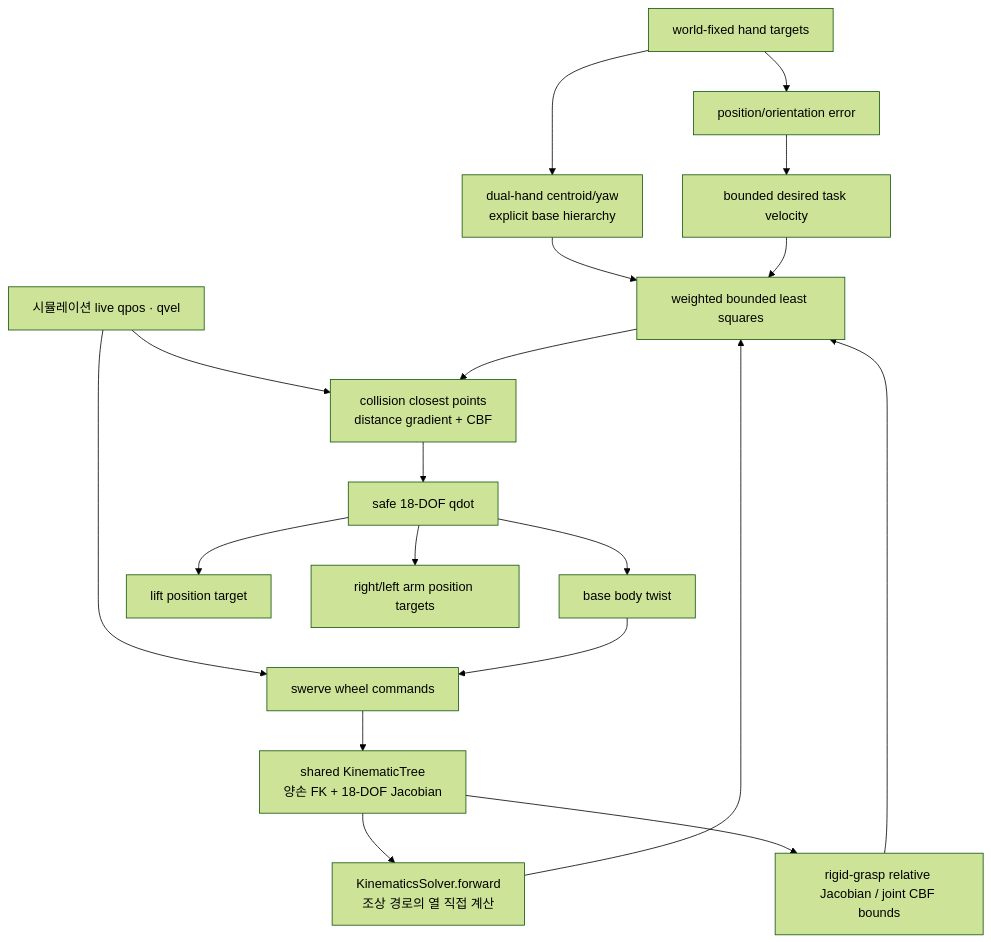
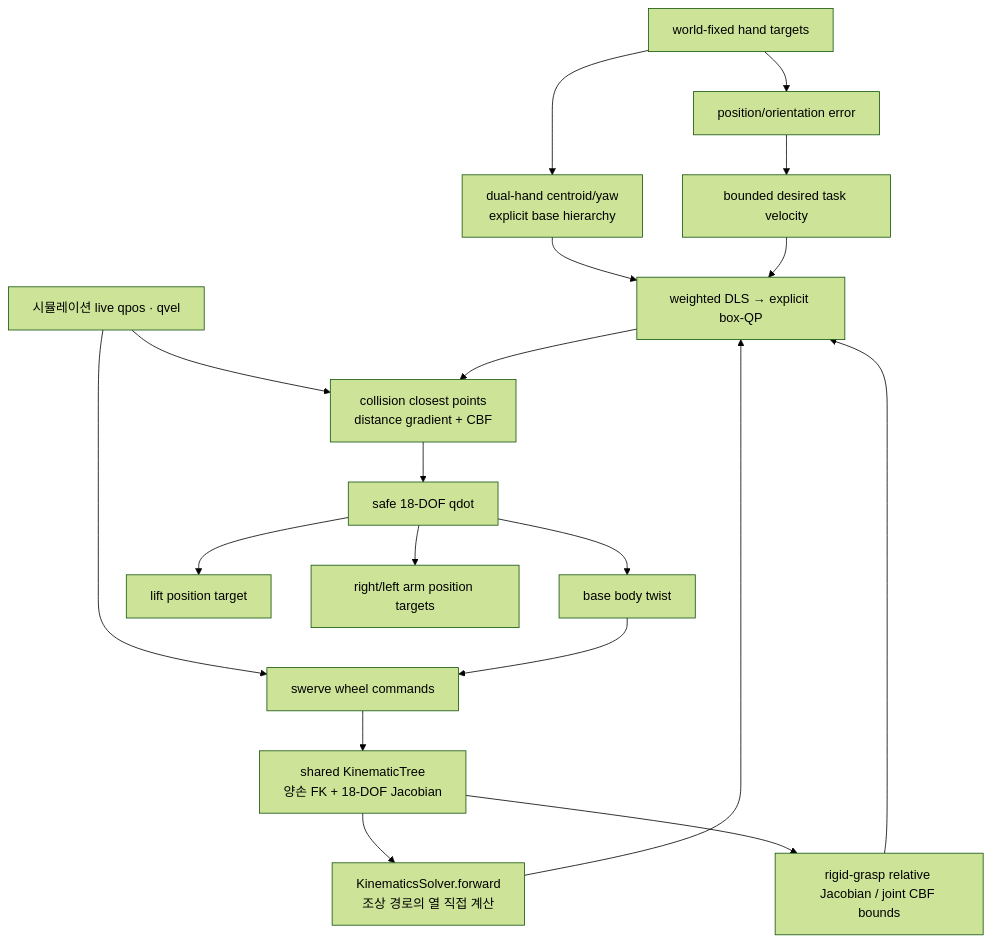
Before and after one commit to Geonhee-LEE/aiworker-mj-lab: the fifth of 5 diagrams in docs/guide/whole_body_ik.md, drawn with Mermaid (forest theme). The commit also changed other lines of this file and 25 other files, not shown here.

````diff
--- a/docs/guide/whole_body_ik.md
+++ b/docs/guide/whole_body_ik.md
@@ -342,21 +404,21 @@
 ```mermaid
 flowchart TD
     T["world-fixed hand targets"] --> E["position/orientation error"]
     D["시뮬레이션 live qpos · qvel"] --> S["WholeBodyIK.site_state"]
     S --> K["shared KinematicTree<br>양손 FK + 18-DOF Jacobian"]
     K --> J["KinematicsSolver.forward<br>조상 경로의 열 직접 계산"]
     E --> V["bounded desired task velocity"]
-    J --> LS["weighted bounded least squares"]
+    J --> LS["weighted DLS → explicit box-QP"]
     T --> H["dual-hand centroid/yaw<br>explicit base hierarchy"]
     H --> LS
     K --> R["rigid-grasp relative Jacobian / joint CBF bounds"]
     R --> LS
     V --> LS
     D --> C["collision closest points<br>distance gradient + CBF"]
     LS --> C
     C --> Q["safe 18-DOF qdot"]
     Q --> B["base body twist"]
     Q --> L["lift position target"]
     Q --> A["right/left arm position targets"]
     B --> S["swerve wheel commands"]
 ```
````
